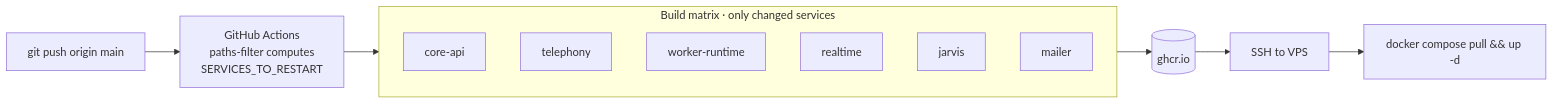
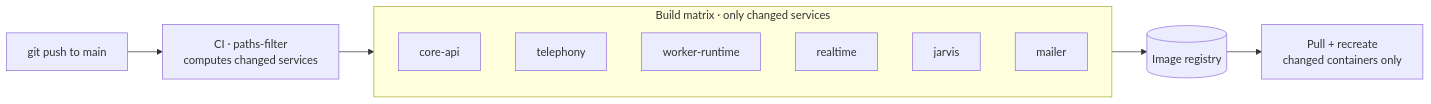
One commit to PinnacleDynamics/NodeGraph.io changed the third of 3 diagrams in docs/architecture.md. Above: the diagram before and after it, drawn with Mermaid. The commit also changed other lines of this file and 4 other files, not shown here.

First line of the commit message:
Strip operational specifics — keep architectural insight

````diff
--- a/docs/architecture.md
+++ b/docs/architecture.md
@@ -266,23 +252,22 @@
 ```mermaid
 flowchart LR
-    Dev[git push origin main]
-    GHA[GitHub Actions<br/>paths-filter computes<br/>SERVICES_TO_RESTART]
+    Dev[git push to main]
+    CI[CI · paths-filter<br/>computes changed services]
 
     subgraph Build["Build matrix · only changed services"]
         B1[core-api]
         B2[telephony]
         B3[worker-runtime]
         B4[realtime]
         B5[jarvis]
         B6[mailer]
     end
 
-    GHCR[(ghcr.io)]
-    SSH[SSH to VPS]
-    Compose[docker compose pull && up -d]
+    Registry[(Image registry)]
+    Deploy[Pull + recreate<br/>changed containers only]
 
-    Dev --> GHA
-    GHA --> Build
-    Build --> GHCR
-    GHCR --> SSH --> Compose
+    Dev --> CI
+    CI --> Build
+    Build --> Registry
+    Registry --> Deploy
 ```
````
